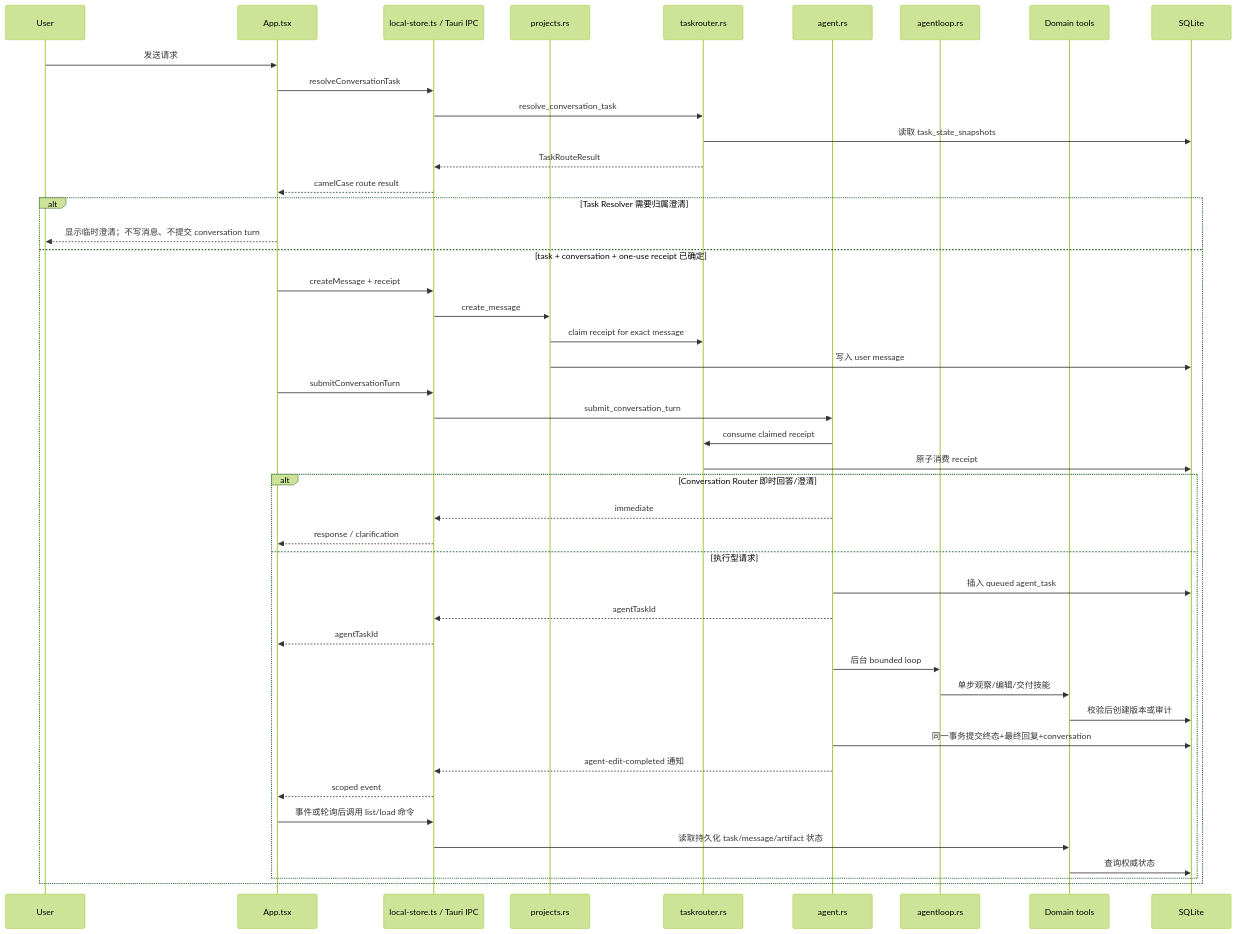
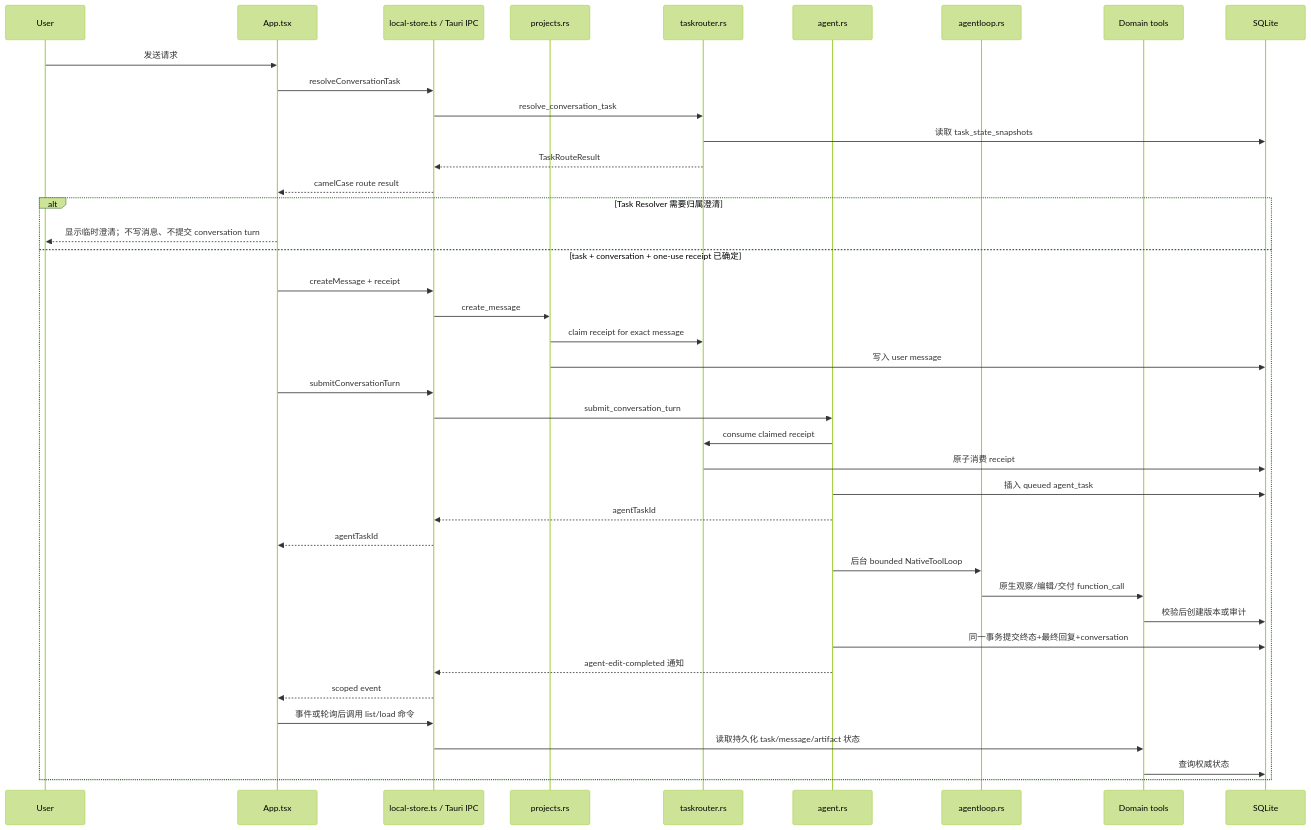
The second of 3 diagrams in docs/codebase/ARCHITECTURE.md (946256344-lab/ai-edit-agent), drawn with Mermaid (forest theme) before and after one commit. The commit also changed other lines of this file and 23 other files, not shown here.

````diff
--- a/docs/codebase/ARCHITECTURE.md
+++ b/docs/codebase/ARCHITECTURE.md
@@ -32,48 +32,43 @@
 ```mermaid
 sequenceDiagram
   participant U as User
   participant A as App.tsx
   participant B as local-store.ts / Tauri IPC
   participant P as projects.rs
   participant T as taskrouter.rs
   participant C as agent.rs
   participant L as agentloop.rs
   participant D as Domain tools
   participant S as SQLite
 
   U->>A: 发送请求
   A->>B: resolveConversationTask
   B->>T: resolve_conversation_task
   T->>S: 读取 task_state_snapshots
   T-->>B: TaskRouteResult
   B-->>A: camelCase route result
   alt Task Resolver 需要归属澄清
     A-->>U: 显示临时澄清；不写消息、不提交 conversation turn
   else task + conversation + one-use receipt 已确定
     A->>B: createMessage + receipt
     B->>P: create_message
     P->>T: claim receipt for exact message
     P->>S: 写入 user message
     A->>B: submitConversationTurn
     B->>C: submit_conversation_turn
     C->>T: consume claimed receipt
     T->>S: 原子消费 receipt
-    alt Conversation Router 即时回答/澄清
-      C-->>B: immediate
-      B-->>A: response / clarification
-    else 执行型请求
-      C->>S: 插入 queued agent_task
-      C-->>B: agentTaskId
-      B-->>A: agentTaskId
-      C->>L: 后台 bounded loop
-      L->>D: 单步观察/编辑/交付技能
-      D->>S: 校验后创建版本或审计
-      C->>S: 同一事务提交终态+最终回复+conversation
-      C-->>B: agent-edit-completed 通知
-      B-->>A: scoped event
-      A->>B: 事件或轮询后调用 list/load 命令
-      B->>D: 读取持久化 task/message/artifact 状态
-      D->>S: 查询权威状态
-    end
+    C->>S: 插入 queued agent_task
+    C-->>B: agentTaskId
+    B-->>A: agentTaskId
+    C->>L: 后台 bounded NativeToolLoop
+    L->>D: 原生观察/编辑/交付 function_call
+    D->>S: 校验后创建版本或审计
+    C->>S: 同一事务提交终态+最终回复+conversation
+    C-->>B: agent-edit-completed 通知
+    B-->>A: scoped event
+    A->>B: 事件或轮询后调用 list/load 命令
+    B->>D: 读取持久化 task/message/artifact 状态
+    D->>S: 查询权威状态
   end
 ```
````
